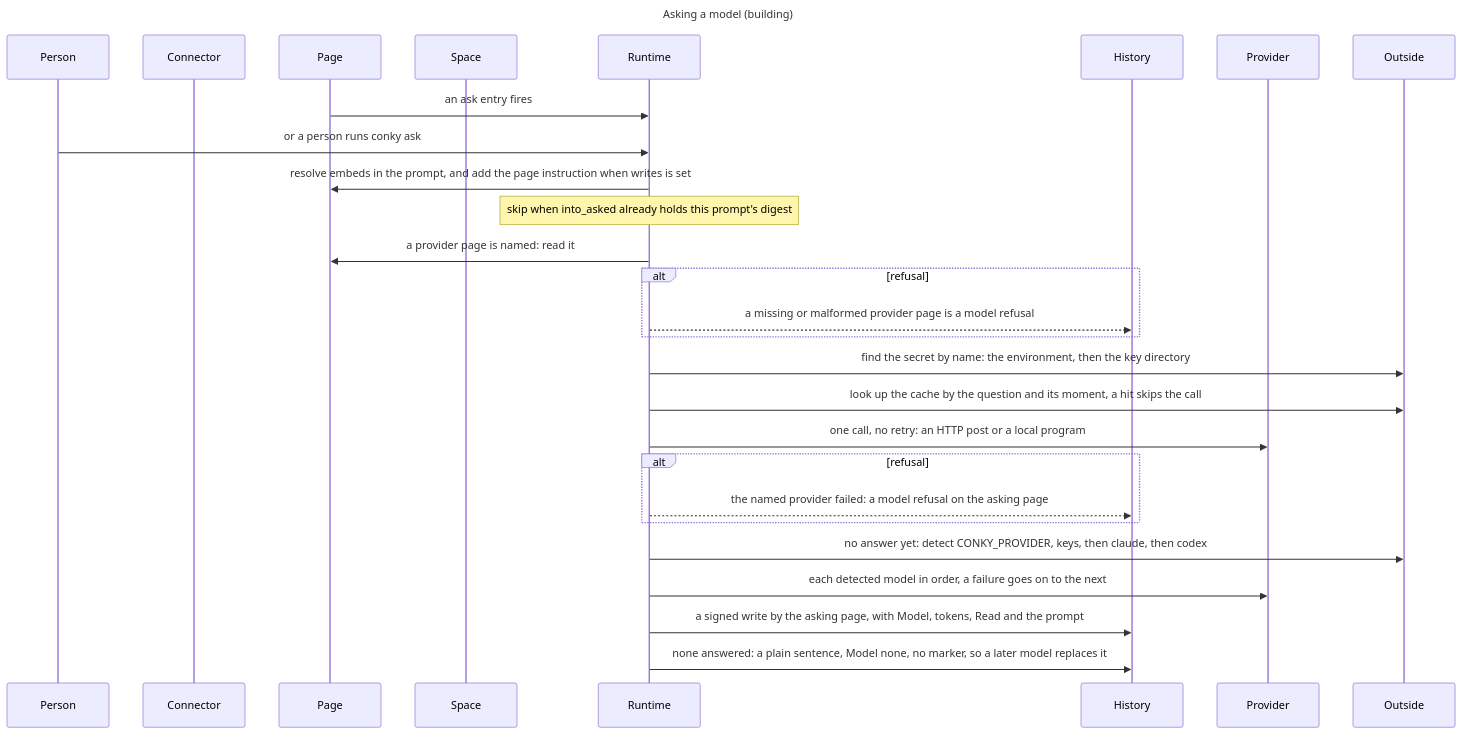
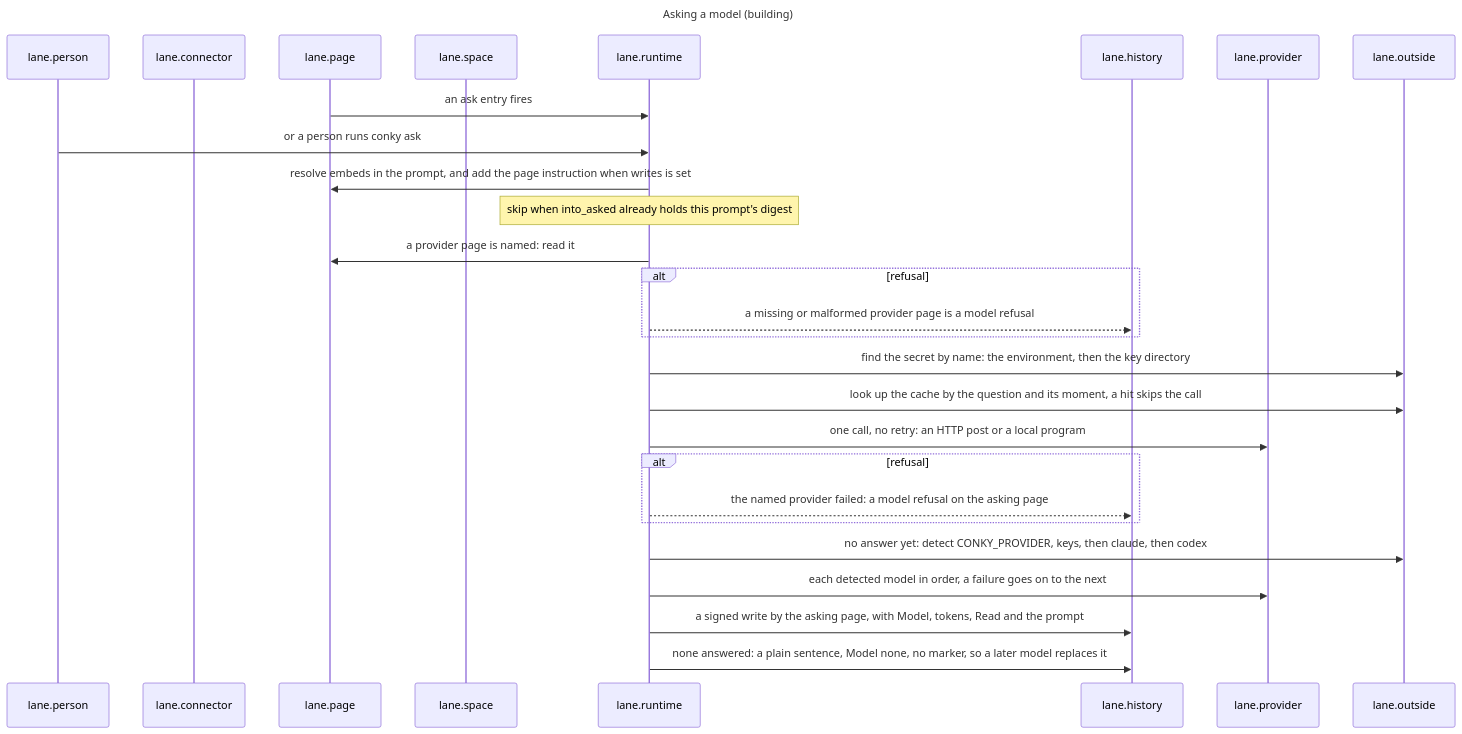
One commit to drksci/conky changed the sixth of 29 diagrams in docs/reference/architecture.md. Above: the diagram before and after it, drawn with Mermaid. The commit also changed other lines of this file and 84 other files, not shown here.

First line of the commit message:
refactor: give every part of the architecture a dotted name

````diff
--- a/docs/reference/architecture.md
+++ b/docs/reference/architecture.md
@@ -395,32 +407,32 @@
 ```mermaid
 ---
 title: Asking a model (building)
 ---
 sequenceDiagram
-    participant Person
-    participant Connector
-    participant Page
-    participant Space
-    participant Runtime
-    participant History
-    participant Provider
-    participant Outside
-    Page->>Runtime: an ask entry fires
-    Person->>Runtime: or a person runs conky ask
-    Runtime->>Page: resolve embeds in the prompt, and add the page instruction when writes is set
-    Note over Runtime: skip when into_asked already holds this prompt's digest
-    Runtime->>Page: a provider page is named: read it
+    participant lane.person
+    participant lane.connector
+    participant lane.page
+    participant lane.space
+    participant lane.runtime
+    participant lane.history
+    participant lane.provider
+    participant lane.outside
+    lane.page->>lane.runtime: an ask entry fires
+    lane.person->>lane.runtime: or a person runs conky ask
+    lane.runtime->>lane.page: resolve embeds in the prompt, and add the page instruction when writes is set
+    Note over lane.runtime: skip when into_asked already holds this prompt's digest
+    lane.runtime->>lane.page: a provider page is named: read it
     alt refusal
-        Runtime-->>History: a missing or malformed provider page is a model refusal
+        lane.runtime-->>lane.history: a missing or malformed provider page is a model refusal
     end
-    Runtime->>Outside: find the secret by name: the environment, then the key directory
-    Runtime->>Outside: look up the cache by the question and its moment, a hit skips the call
-    Runtime->>Provider: one call, no retry: an HTTP post or a local program
+    lane.runtime->>lane.outside: find the secret by name: the environment, then the key directory
+    lane.runtime->>lane.outside: look up the cache by the question and its moment, a hit skips the call
+    lane.runtime->>lane.provider: one call, no retry: an HTTP post or a local program
     alt refusal
-        Runtime-->>History: the named provider failed: a model refusal on the asking page
+        lane.runtime-->>lane.history: the named provider failed: a model refusal on the asking page
     end
-    Runtime->>Outside: no answer yet: detect CONKY_PROVIDER, keys, then claude, then codex
-    Runtime->>Provider: each detected model in order, a failure goes on to the next
-    Runtime->>History: a signed write by the asking page, with Model, tokens, Read and the prompt
-    Runtime->>History: none answered: a plain sentence, Model none, no marker, so a later model replaces it
+    lane.runtime->>lane.outside: no answer yet: detect CONKY_PROVIDER, keys, then claude, then codex
+    lane.runtime->>lane.provider: each detected model in order, a failure goes on to the next
+    lane.runtime->>lane.history: a signed write by the asking page, with Model, tokens, Read and the prompt
+    lane.runtime->>lane.history: none answered: a plain sentence, Model none, no marker, so a later model replaces it
 ```
````
